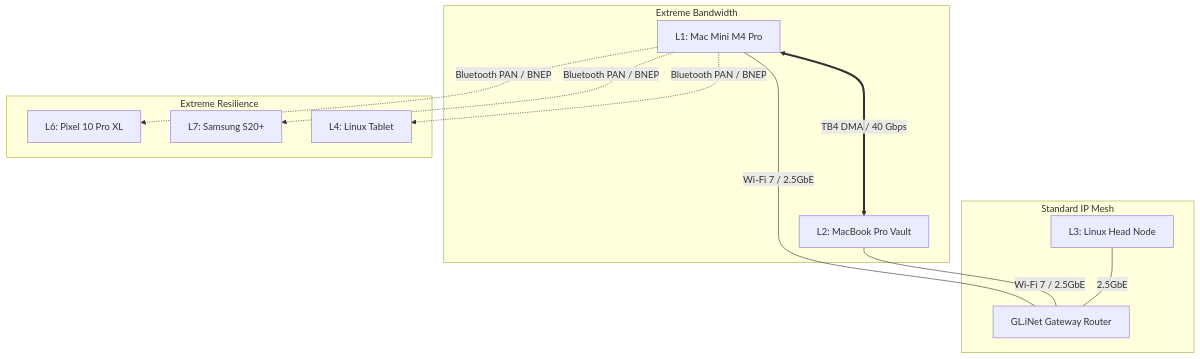
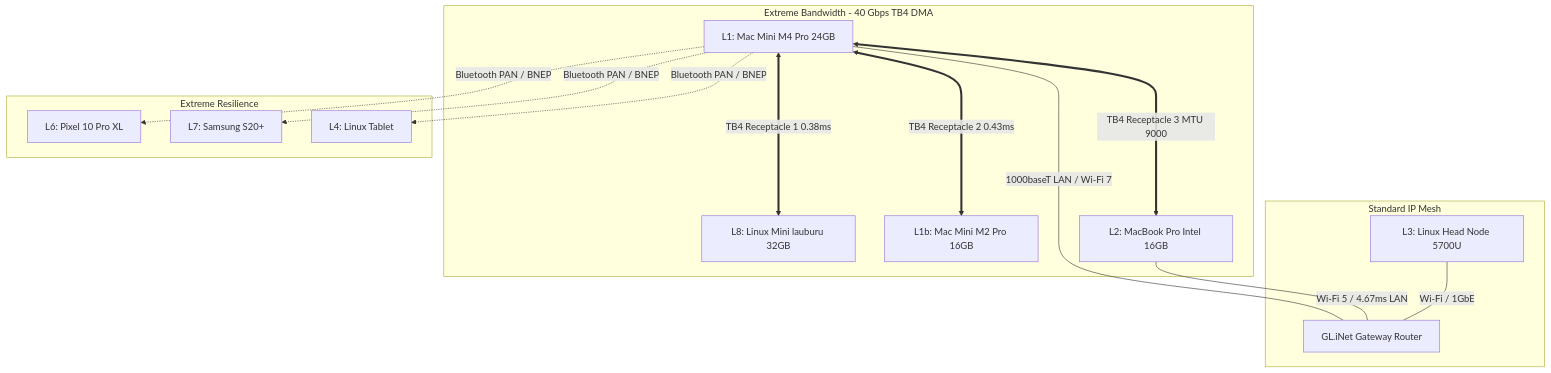
One commit to aarontmaher/Lauburu-Monorepo changed the diagram in obsidian_vault/THUNDERBOLT_BLUETOOTH_MESH_ANALYSIS.md. Above: the diagram before and after it, drawn with Mermaid. The commit also changed other lines of this file and 7991 other files, not shown here.

````diff
--- a/obsidian_vault/THUNDERBOLT_BLUETOOTH_MESH_ANALYSIS.md
+++ b/obsidian_vault/THUNDERBOLT_BLUETOOTH_MESH_ANALYSIS.md
@@ -40,18 +43,20 @@
 ```mermaid
 graph TD
-    subgraph Compute Backbone [Extreme Bandwidth]
-        L1[L1: Mac Mini M4 Pro] <===>|TB4 DMA / 40 Gbps| L2[L2: MacBook Pro Vault]
+    subgraph Compute Backbone [Extreme Bandwidth - 40 Gbps TB4 DMA]
+        L1[L1: Mac Mini M4 Pro 24GB] <===>|TB4 Receptacle 1 0.38ms| L8[L8: Linux Mini lauburu 32GB]
+        L1 <===>|TB4 Receptacle 2 0.43ms| L1b[L1b: Mac Mini M2 Pro 16GB]
+        L1 <===>|TB4 Receptacle 3 MTU 9000| L2[L2: MacBook Pro Intel 16GB]
     end
 
     subgraph Mesh Control Plane [Extreme Resilience]
         L1 -.->|Bluetooth PAN / BNEP| L6[L6: Pixel 10 Pro XL]
         L1 -.->|Bluetooth PAN / BNEP| L7[L7: Samsung S20+]
         L1 -.->|Bluetooth PAN / BNEP| L4[L4: Linux Tablet]
     end
 
     subgraph Standard IP Mesh
-        L1 ---|Wi-Fi 7 / 2.5GbE| GW[GL.iNet Gateway Router]
-        L2 ---|Wi-Fi 7 / 2.5GbE| GW
-        L3[L3: Linux Head Node] ---|2.5GbE| GW
+        L1 ---|1000baseT LAN / Wi-Fi 7| GW[GL.iNet Gateway Router]
+        L2 ---|Wi-Fi 5 / 4.67ms LAN| GW
+        L3[L3: Linux Head Node 5700U] ---|Wi-Fi / 1GbE| GW
     end
 ```
````
